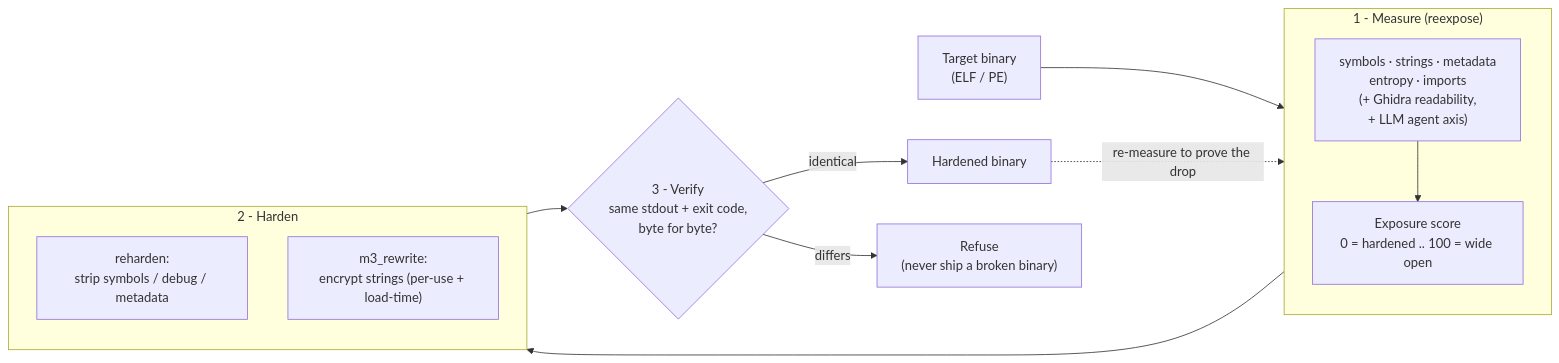
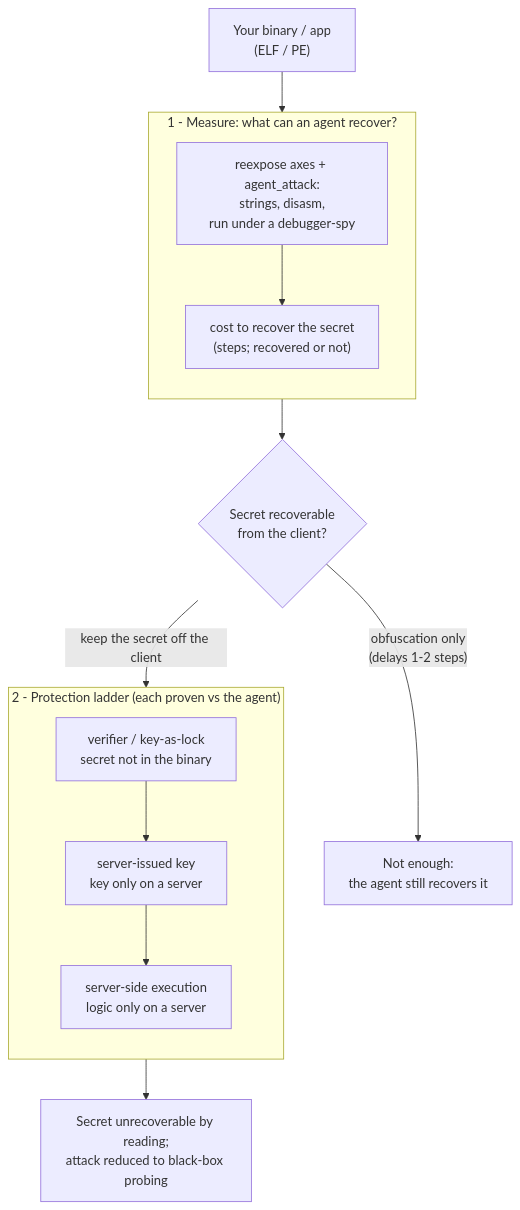
One commit to prat1kbhujbal/re-exposure changed the diagram in README.md. Above: the diagram before and after it, drawn with Mermaid. The commit also changed other lines of this file, not shown here.

First line of the commit message:
Reframe the README around honest measurement and the protection ladder

````diff
--- a/README.md
+++ b/README.md
@@ -50,22 +60,20 @@
 ```mermaid
-flowchart LR
-    BIN["Target binary<br/>(ELF / PE)"] --> M
+flowchart TB
+    BIN["Your binary / app<br/>(ELF / PE)"] --> M
 
-    subgraph M["1 - Measure (reexpose)"]
+    subgraph M["1 - Measure: what can an agent recover?"]
         direction TB
-        AX["symbols · strings · metadata<br/>entropy · imports<br/>(+ Ghidra readability,<br/>+ LLM agent axis)"] --> SC["Exposure score<br/>0 = hardened .. 100 = wide open"]
+        AX["reexpose axes + agent_attack:<br/>strings, disasm,<br/>run under a debugger-spy"] --> SC["cost to recover the secret<br/>(steps; recovered or not)"]
     end
 
-    M --> H
+    M --> Q{"Secret recoverable<br/>from the client?"}
+    Q -->|"obfuscation only<br/>(delays 1-2 steps)"| WEAK["Not enough:<br/>the agent still recovers it"]
+    Q -->|"keep the secret off the client"| LADDER
 
-    subgraph H["2 - Harden"]
+    subgraph LADDER["2 - Protection ladder (each proven vs the agent)"]
         direction TB
-        RH["reharden:<br/>strip symbols / debug / metadata"]
-        EN["m3_rewrite:<br/>encrypt strings (per-use + load-time)"]
+        V["verifier / key-as-lock<br/>secret not in the binary"] --> O["server-issued key<br/>key only on a server"] --> S["server-side execution<br/>logic only on a server"]
     end
 
-    H --> G{"3 - Verify<br/>same stdout + exit code,<br/>byte for byte?"}
-    G -->|identical| OUT["Hardened binary"]
-    G -->|differs| NO["Refuse<br/>(never ship a broken binary)"]
-    OUT -. re-measure to prove the drop .-> M
+    LADDER --> DONE["Secret unrecoverable by reading;<br/>attack reduced to black-box probing"]
 ```
````
